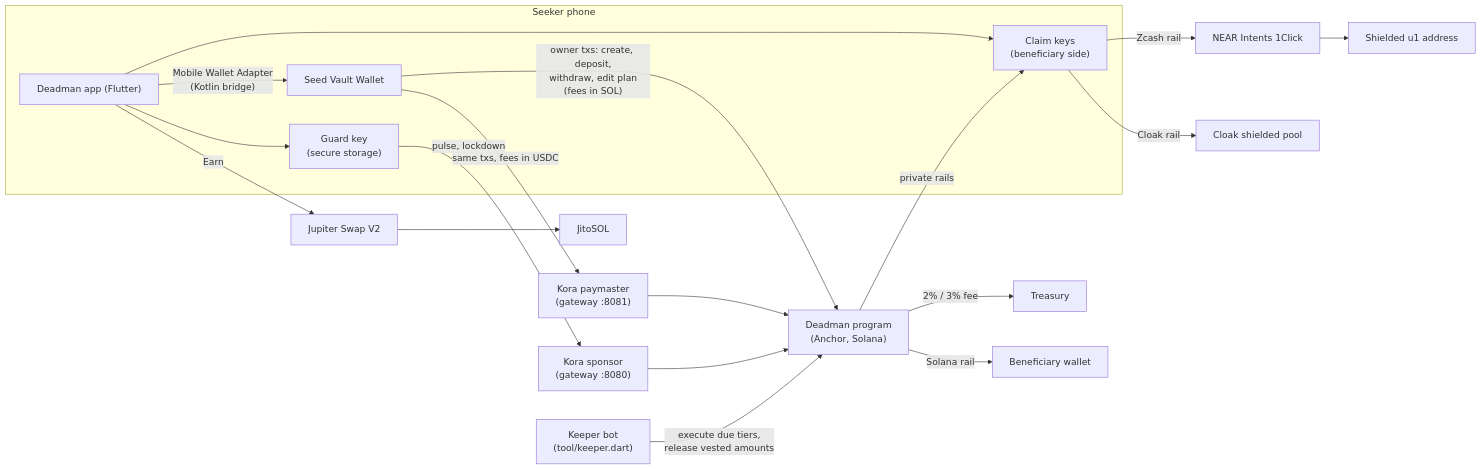
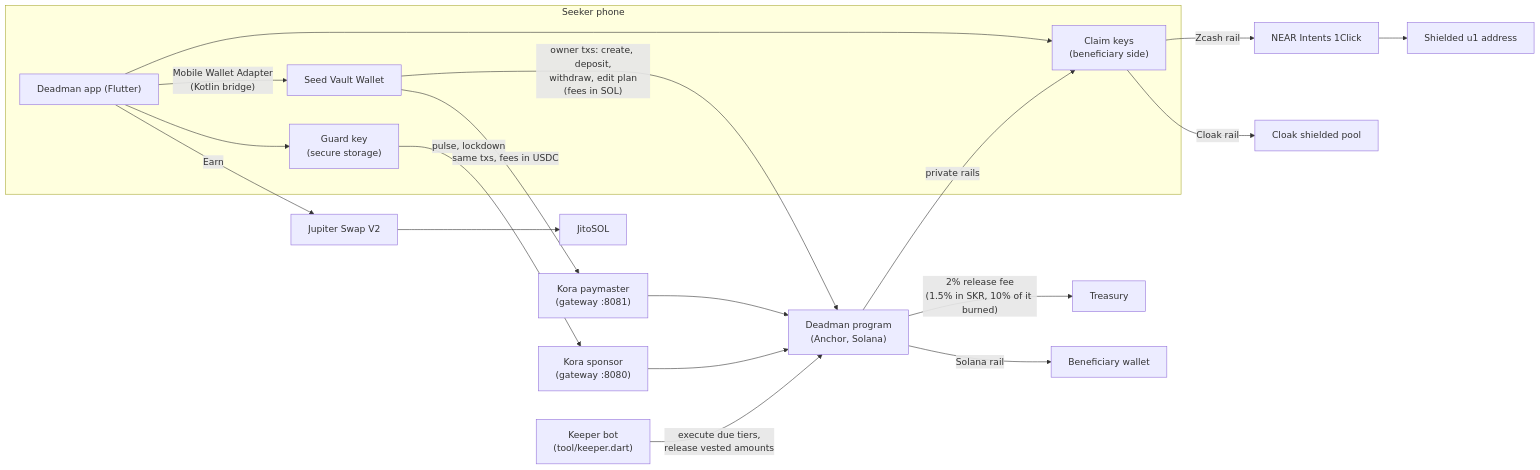
One commit to GabrielNeugebauer/deadman changed the first of 3 diagrams in docs/HOW_IT_WORKS.md. Above: the diagram before and after it, drawn with Mermaid. The commit also changed other lines of this file and 176 other files, not shown here.

````diff
--- a/docs/HOW_IT_WORKS.md
+++ b/docs/HOW_IT_WORKS.md
@@ -11,23 +11,23 @@
 ```mermaid
 flowchart LR
   subgraph Phone["Seeker phone"]
     App["Deadman app (Flutter)"]
     Guard["Guard key\n(secure storage)"]
     Claim["Claim keys\n(beneficiary side)"]
     SVW["Seed Vault Wallet"]
   end
   App -- "Mobile Wallet Adapter\n(Kotlin bridge)" --> SVW
   App --> Guard
   App --> Claim
   Program["Deadman program\n(Anchor, Solana)"]
   SVW -- "owner txs: create, deposit,\nwithdraw, edit plan\n(fees in SOL)" --> Program
   SVW -- "same txs, fees in USDC" --> Paymaster["Kora paymaster\n(gateway :8081)"] --> Program
   Guard -- "pulse, lockdown" --> Sponsor["Kora sponsor\n(gateway :8080)"] --> Program
   Keeper["Keeper bot\n(tool/keeper.dart)"] -- "execute due tiers,\nrelease vested amounts" --> Program
-  Program -- "2% / 3% fee" --> Treasury["Treasury"]
+  Program -- "2% release fee\n(1.5% in SKR, 10% of it burned)" --> Treasury["Treasury"]
   Program -- "Solana rail" --> Heir["Beneficiary wallet"]
   Program -- "private rails" --> Claim
   Claim -- "Zcash rail" --> NEAR["NEAR Intents 1Click"] --> ZEC["Shielded u1 address"]
   Claim -- "Cloak rail" --> Cloak["Cloak shielded pool"]
   App -- "Earn" --> Jup["Jupiter Swap V2"] --> Jito["JitoSOL"]
 ```
````
